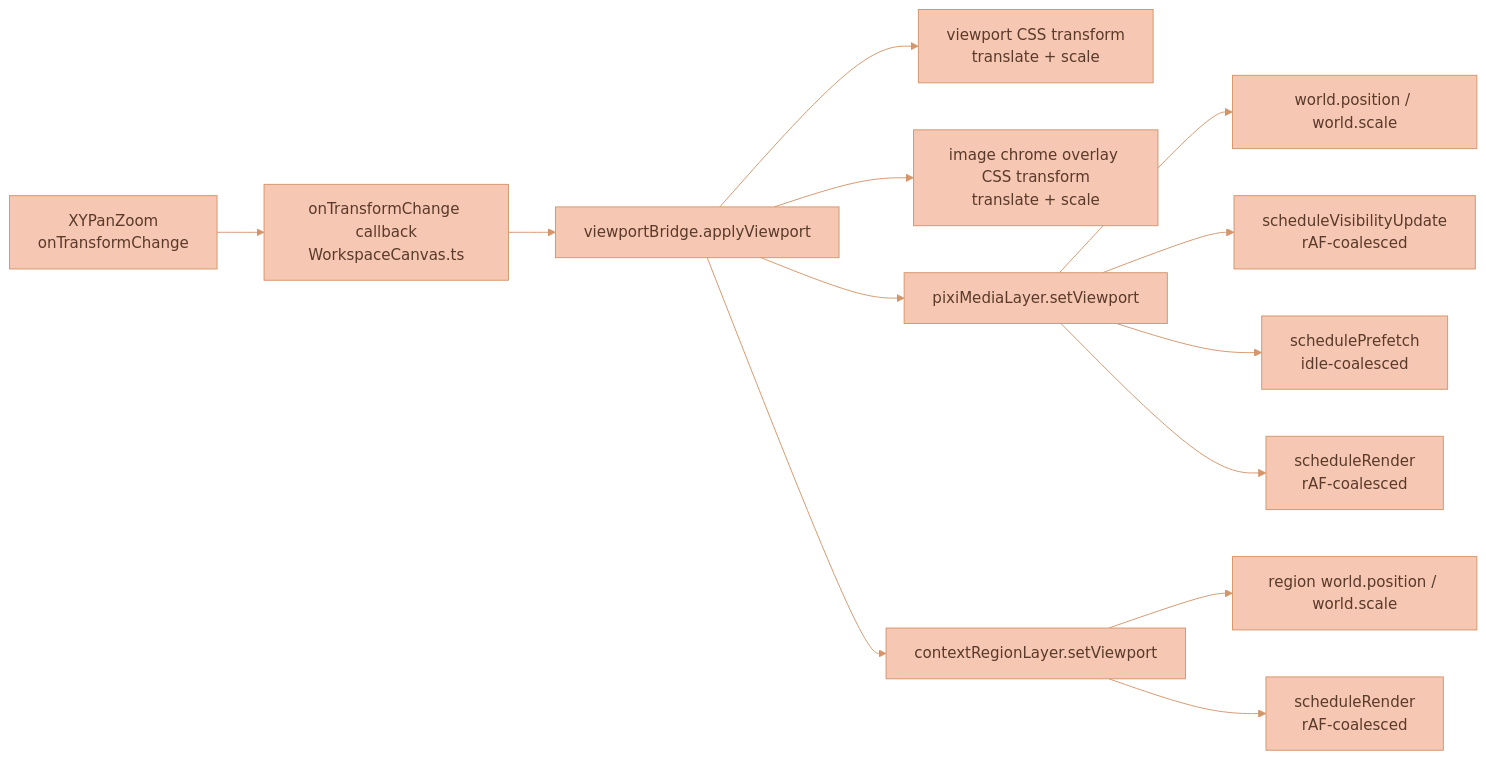
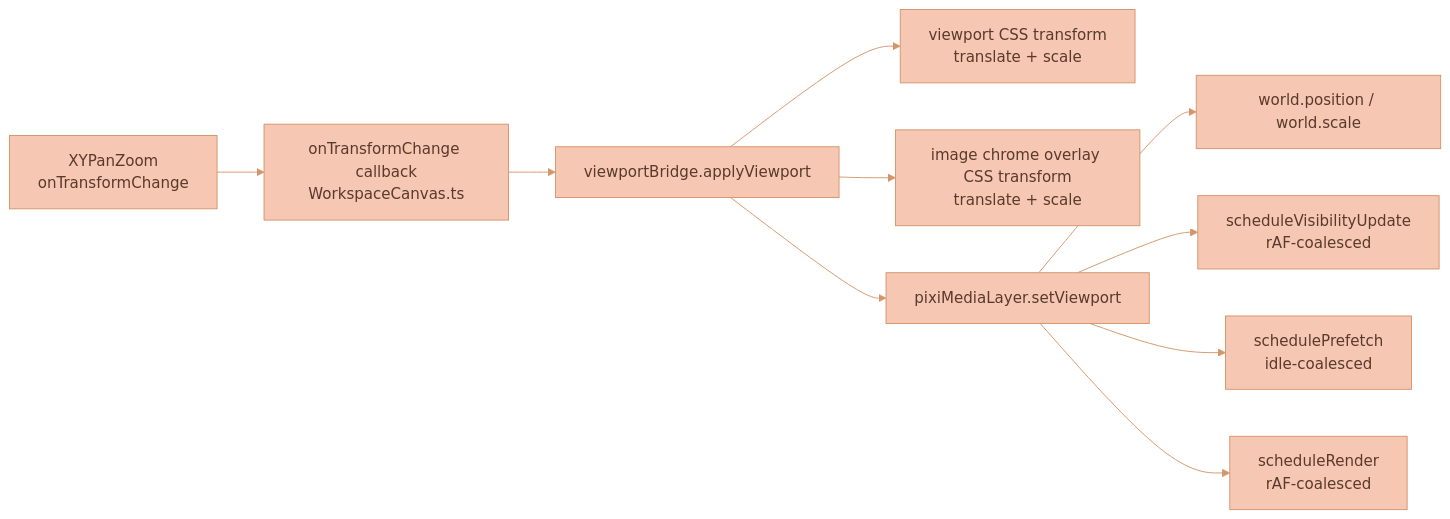
Before and after one commit to Lixpi/lixpi: the second of 4 diagrams in documentation/features/CANVAS-ENGINE.md, drawn with Mermaid. The commit also changed other lines of this file and 50 other files, not shown here.

````diff
--- a/documentation/features/CANVAS-ENGINE.md
+++ b/documentation/features/CANVAS-ENGINE.md
@@ -140,16 +127,13 @@
 ```mermaid
 %%{init: {'theme': 'base', 'themeVariables': { 'primaryColor': '#F6C7B3', 'primaryTextColor': '#5a3a2a', 'primaryBorderColor': '#d4956a', 'secondaryColor': '#C3DEDD', 'secondaryTextColor': '#1a3a47', 'secondaryBorderColor': '#4a8a9d', 'tertiaryColor': '#DCECE9', 'tertiaryTextColor': '#1a3a47', 'tertiaryBorderColor': '#82B2C0', 'lineColor': '#d4956a', 'textColor': '#5a3a2a'}}}%%
 flowchart LR
     XY[XYPanZoom<br/>onTransformChange] --> CB[onTransformChange callback<br/>WorkspaceCanvas.ts]
     CB --> VB[viewportBridge.applyViewport]
     VB --> CSS[viewport CSS transform<br/>translate + scale]
     VB --> CHROME[image chrome overlay CSS transform<br/>translate + scale]
     VB --> PIXI[pixiMediaLayer.setViewport]
-    VB --> REGION[contextRegionLayer.setViewport]
     PIXI --> WORLD[world.position / world.scale]
     PIXI --> VIS[scheduleVisibilityUpdate<br/>rAF-coalesced]
     PIXI --> PRE[schedulePrefetch<br/>idle-coalesced]
     PIXI --> RND[scheduleRender<br/>rAF-coalesced]
-    REGION --> REGION_WORLD[region world.position / world.scale]
-    REGION --> REGION_RND[scheduleRender<br/>rAF-coalesced]
 ```
````
